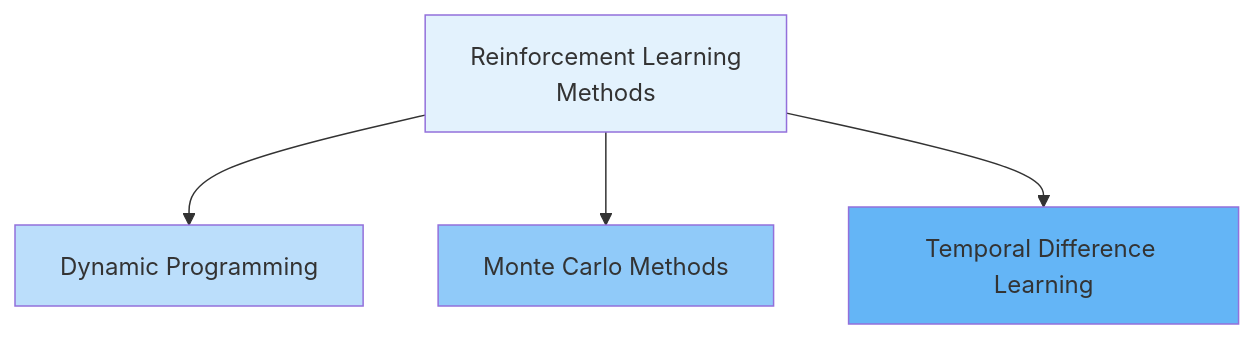
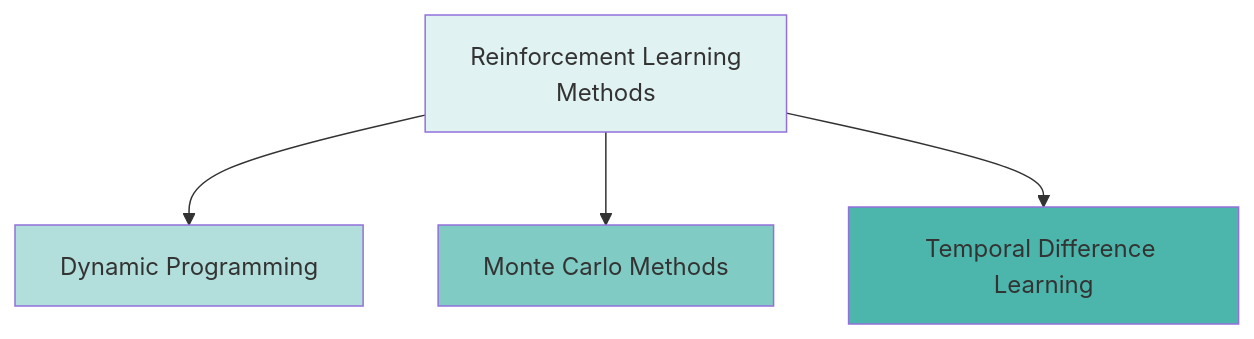
One commit to Chaklader/DPRL-Value-based-methods changed the first of 5 diagrams in C_2.md. Above: the diagram before and after it, drawn with Mermaid. The commit also changed other lines of this file, not shown here.

````diff
--- a/C_2.md
+++ b/C_2.md
@@ -31,11 +31,11 @@
 ```mermaid
 graph TD
     A["Reinforcement Learning <br>Methods"] --> B["Dynamic Programming"]
     A --> C["Monte Carlo Methods"]
     A --> D["Temporal Difference Learning"]
 
-    style A fill:#E3F2FD
-    style B fill:#BBDEFB
-    style C fill:#90CAF9
-    style D fill:#64B5F6
+style A fill:#E0F2F1
+style B fill:#B2DFDB
+style C fill:#80CBC4
+style D fill:#4DB6AC
 ```
````
